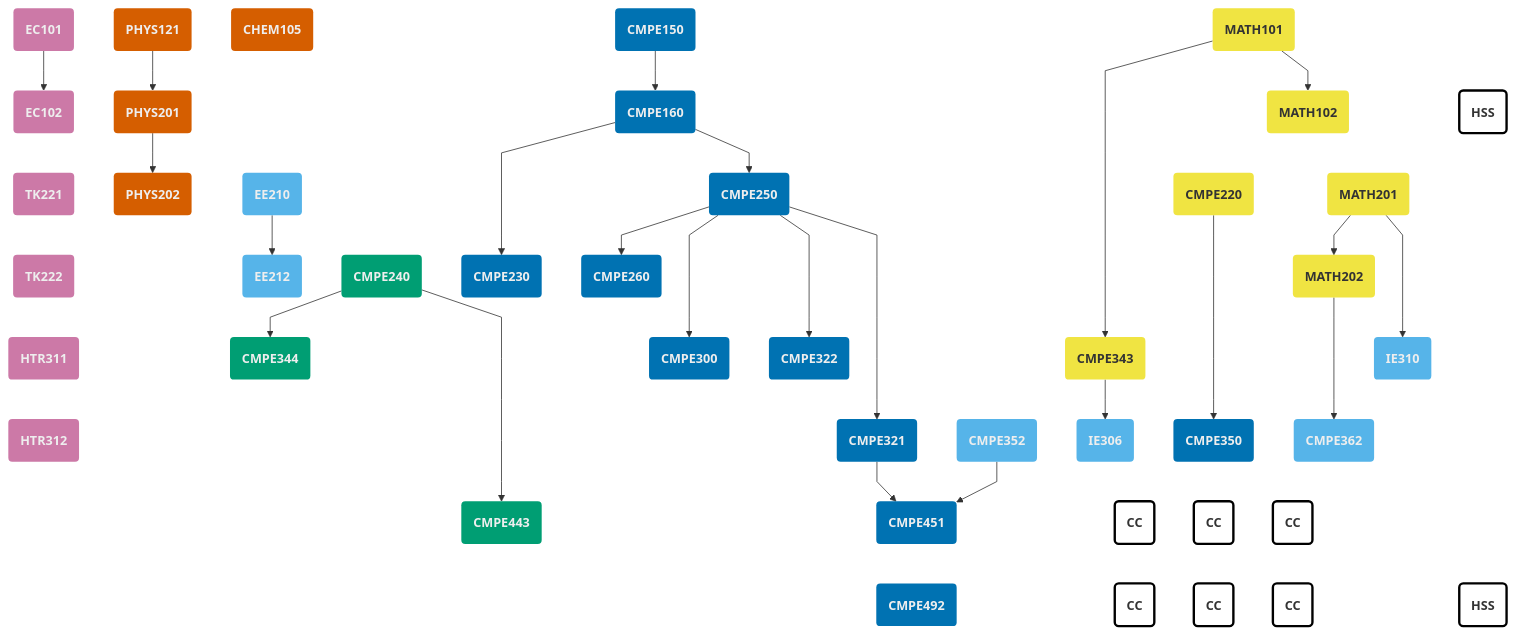
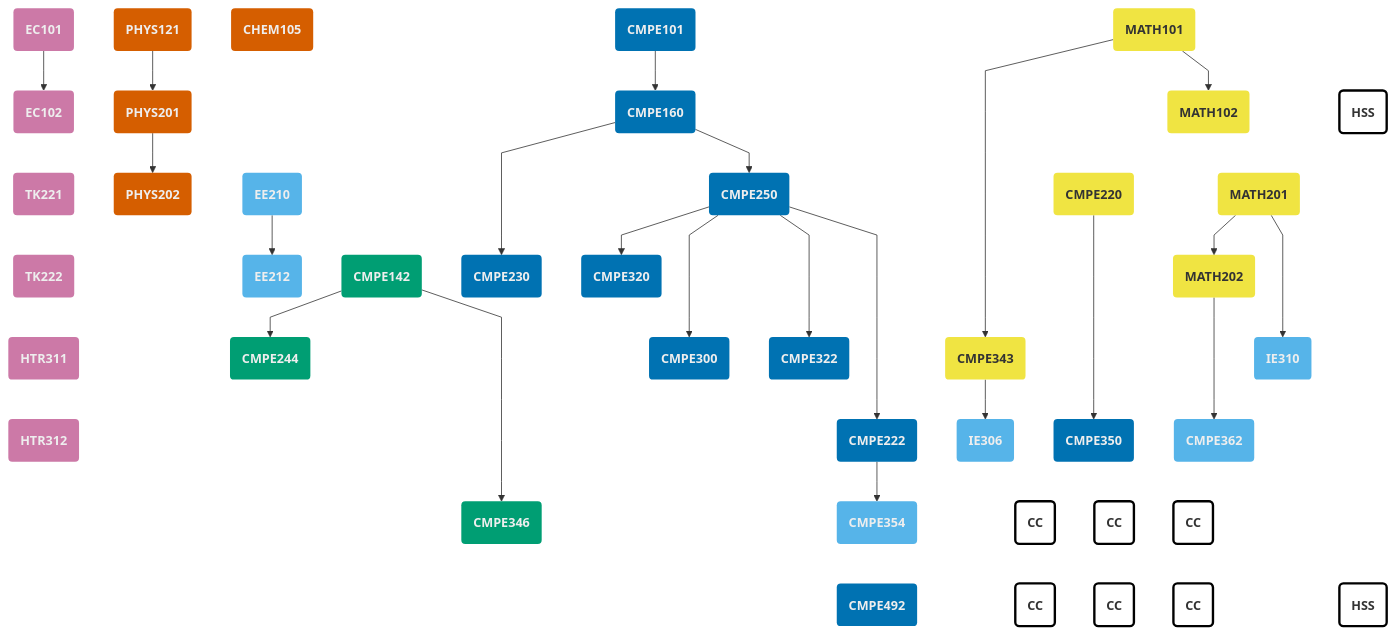
The diagram in content/undergraduate/curriculum-new.en.md (bouncmpe/bouncmpe.github.io), drawn with Mermaid before and after one commit. The commit also changed other lines of this file and 1 other file, not shown here.

```diff
--- a/content/undergraduate/curriculum-new.en.md
+++ b/content/undergraduate/curriculum-new.en.md
@@ -94,14 +102,15 @@
 classDef science fill:#D55E00,stroke:none,stroke-width:2px,color:#eee,font-weight:bolder
 classDef general fill:#CC79A7,stroke:none,stroke-width:2px,color:#eee,font-weight:bolder
 classDef elective fill:none,stroke:#000,stroke-width:3px,font-weight:bolder
-classDef hardware fill:#009E73,stroke:none,stroke-width:2px, color:#eee,font-weight:bolder
-classDef engineering fill:#56B4E9,stroke:none,stroke-width:2px, color:#eee,font-weight:bolder
+classDef hardware fill:#009E73,stroke:none,stroke-width:2px,color:#eee,font-weight:bolder
+classDef engineering fill:#56B4E9,stroke:none,stroke-width:2px,color:#eee,font-weight:bolder
 classDef external fill:none,stroke:#000,stroke-width:3px,font-weight:bolder
-classDef hidden display: none
+classDef hidden display:none
 
 EC101 --> EC102 ~~~ TK221 ~~~ TK222 ~~~ HTR311 ~~~ HTR312
 PHYS121 --> PHYS201 --> PHYS202
 CHEM105 ~~~~ EE210 --> EE212
+
 
 MATH102 ~~~ CMPE220
 MATH101 -----> CMPE343
@@ -109,25 +118,24 @@
 MATH102 ~~~ MATH201
 MATH201 --> MATH202
 
-HARDWARE ~~~~~ CMPE240
-CMPE240 --> CMPE344
-CMPE240 ----> CMPE443
+HARDWARE ~~~~~ CMPE142
+CMPE142 --> CMPE244
+CMPE142 ----> CMPE346
 
 CMPE220 ----> CMPE350
 CMPE350 ~~~ CC1 ~~~ CC4
 CMPE350 ~~~ CC2 ~~~ CC5
 CMPE350 ~~~ CC3 ~~~ CC6
 
-CMPE150 --> CMPE160
+CMPE101 --> CMPE160
 CMPE160 ---> CMPE230
 CMPE160 --> CMPE250
-CMPE250 --> CMPE260
+CMPE250 --> CMPE320
 CMPE250 ---> CMPE300
 CMPE250 ---> CMPE322
-CMPE250 ----> CMPE321
-CMPE352 --> CMPE451
-CMPE321 --> CMPE451
-CMPE451 ~~~ CMPE492
+CMPE250 ----> CMPE222
+CMPE222 --> CMPE354
+CMPE354 ~~~ CMPE492
 
 CMPE343 --> IE306
 
@@ -169,30 +177,29 @@
 EE210("EE210"):::engineering
 EE212("EE212"):::engineering
 
-CMPE150("CMPE150"):::core
+CMPE101("CMPE101"):::core
 CMPE160("CMPE160"):::core
 
 CMPE220("CMPE220"):::math
+CMPE222("CMPE222"):::core
 CMPE230("CMPE230"):::core
 CMPE250("CMPE250"):::core
-CMPE260("CMPE260"):::core
 
 CMPE300("CMPE300"):::core
-CMPE321("CMPE321"):::core
+CMPE320("CMPE320"):::core
 CMPE322("CMPE322"):::core
 CMPE343("CMPE343"):::math
 
 HARDWARE:::hidden
-CMPE240("CMPE240"):::hardware
-CMPE344("CMPE344"):::hardware
-CMPE443("CMPE443"):::hardware
+CMPE142("CMPE142"):::hardware
+CMPE244("CMPE244"):::hardware
+CMPE346("CMPE346"):::hardware
 
 
 CMPE350("CMPE350"):::core
-CMPE352("CMPE352"):::engineering
+CMPE354("CMPE354"):::engineering
 CMPE362("CMPE362"):::engineering
 
-CMPE451("CMPE451"):::core
 CMPE492("CMPE492"):::core
 
 
@@ -204,23 +211,22 @@
 CC5("CC"):::elective
 CC6("CC"):::elective
 
-click CMPE150 href "/courses/cmpe150" "Course"
+click CMPE101 href "/courses/cmpe101" "Course"
+click CMPE142 href "/courses/cmpe142" "Course"
 click CMPE160 href "/courses/cmpe160" "Course"
 click CMPE220 href "/courses/cmpe220" "Course"
+click CMPE222 href "/courses/cmpe222" "Course"
 click CMPE230 href "/courses/cmpe230" "Course"
-click CMPE240 href "/courses/cmpe240" "Course"
+click CMPE244 href "/courses/cmpe244" "Course"
 click CMPE250 href "/courses/cmpe250" "Course"
-click CMPE260 href "/courses/cmpe260" "Course"
 click CMPE300 href "/courses/cmpe300" "Course"
-click CMPE321 href "/courses/cmpe321" "Course"
+click CMPE320 href "/courses/cmpe320" "Course"
 click CMPE322 href "/courses/cmpe322" "Course"
 click CMPE343 href "/courses/cmpe343" "Course"
-click CMPE344 href "/courses/cmpe344" "Course"
+click CMPE346 href "/courses/cmpe346" "Course"
 click CMPE350 href "/courses/cmpe350" "Course"
-click CMPE352 href "/courses/cmpe352" "Course"
+click CMPE354 href "/courses/cmpe354" "Course"
 click CMPE362 href "/courses/cmpe362" "Course"
-click CMPE443 href "/courses/cmpe443" "Course"
-click CMPE451 href "/courses/cmpe451" "Course"
 click CMPE492 href "/courses/cmpe492" "Course"
 
 click CC1 href "/undergraduate/electives" "Undergraduate Electives"
```
